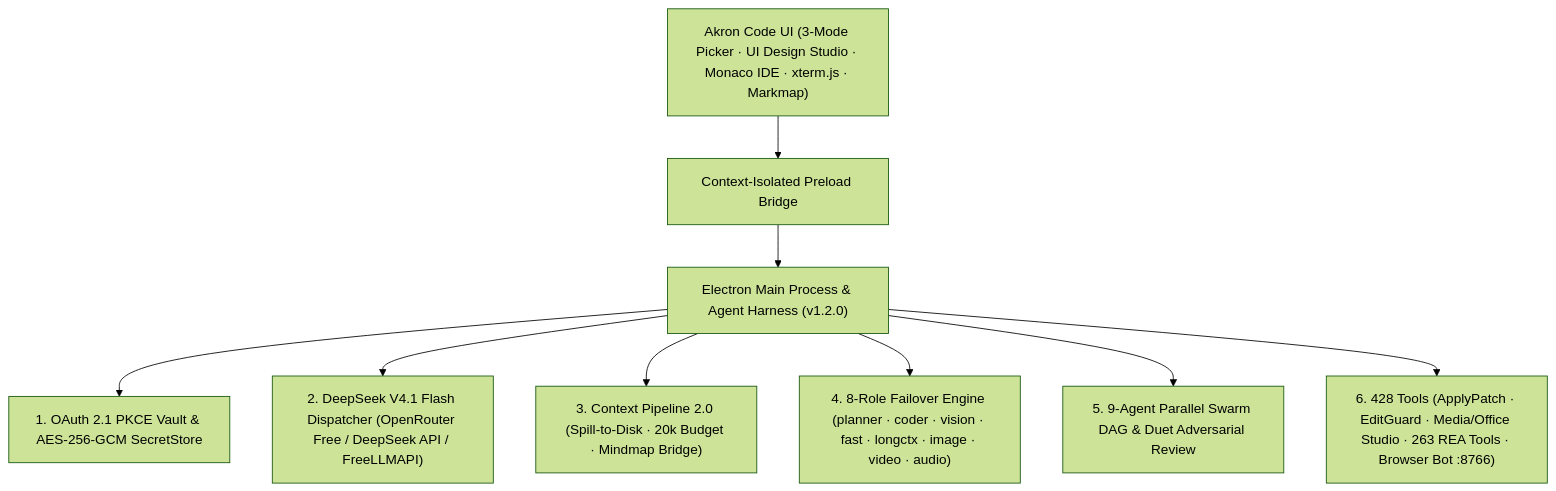
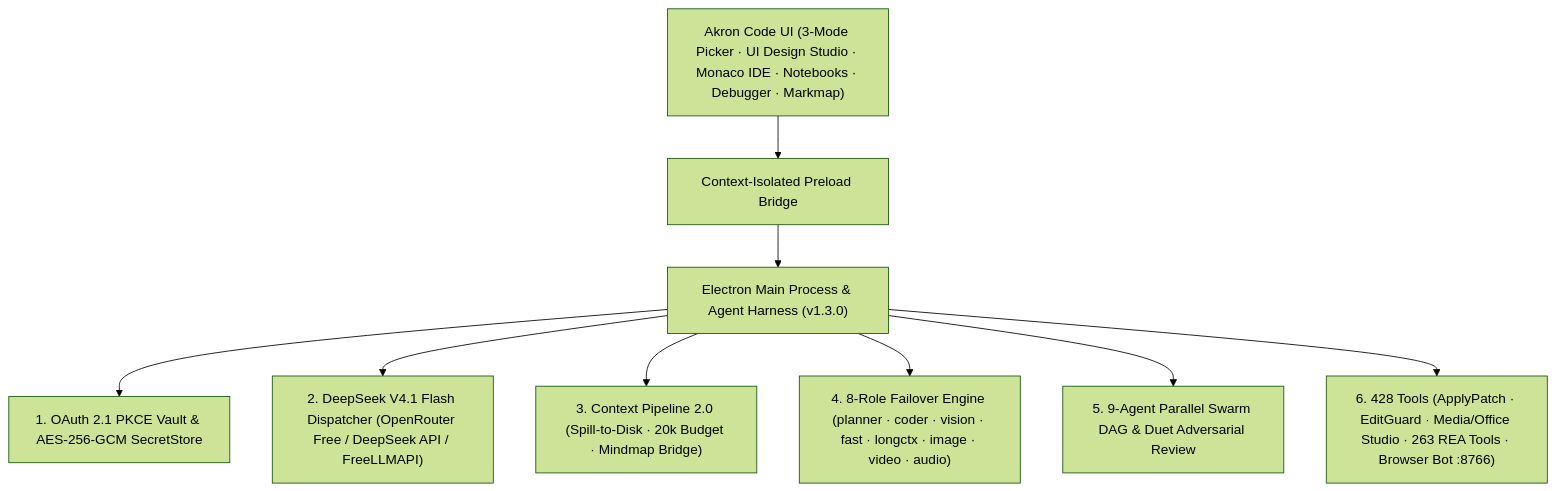
Before and after one commit to faysaliteng/akron-code: the first of 3 diagrams in README.md, drawn with Mermaid (forest theme). The commit also changed other lines of this file and 37 other files, not shown here.

Commit message:
feat(v1.3.0): AST/RRF codebase index v2, WAL+BM25 session DB, multi-turn CLI agent, notebooks & CDP/pdb debugger, daemon & GitHub webhook bot, :8766 bridge handoff

````diff
--- a/README.md
+++ b/README.md
@@ -97,12 +97,12 @@
 ```mermaid
 flowchart TD
-  UI["Akron Code UI (3-Mode Picker · UI Design Studio · Monaco IDE · xterm.js · Markmap)"] --> Preload["Context-Isolated Preload Bridge"]
-  Preload --> Main["Electron Main Process & Agent Harness (v1.2.0)"]
+  UI["Akron Code UI (3-Mode Picker · UI Design Studio · Monaco IDE · Notebooks · Debugger · Markmap)"] --> Preload["Context-Isolated Preload Bridge"]
+  Preload --> Main["Electron Main Process & Agent Harness (v1.3.0)"]
 
   Main --> Vault["1. OAuth 2.1 PKCE Vault & AES-256-GCM SecretStore"]
   Main --> Brain["2. DeepSeek V4.1 Flash Dispatcher (OpenRouter Free / DeepSeek API / FreeLLMAPI)"]
   Main --> Context["3. Context Pipeline 2.0 (Spill-to-Disk · 20k Budget · Mindmap Bridge)"]
   Main --> Failover["4. 8-Role Failover Engine (planner · coder · vision · fast · longctx · image · video · audio)"]
   Main --> Swarm["5. 9-Agent Parallel Swarm DAG & Duet Adversarial Review"]
   Main --> Harness["6. 428 Tools (ApplyPatch · EditGuard · Media/Office Studio · 263 REA Tools · Browser Bot :8766)"]
 ```
````
